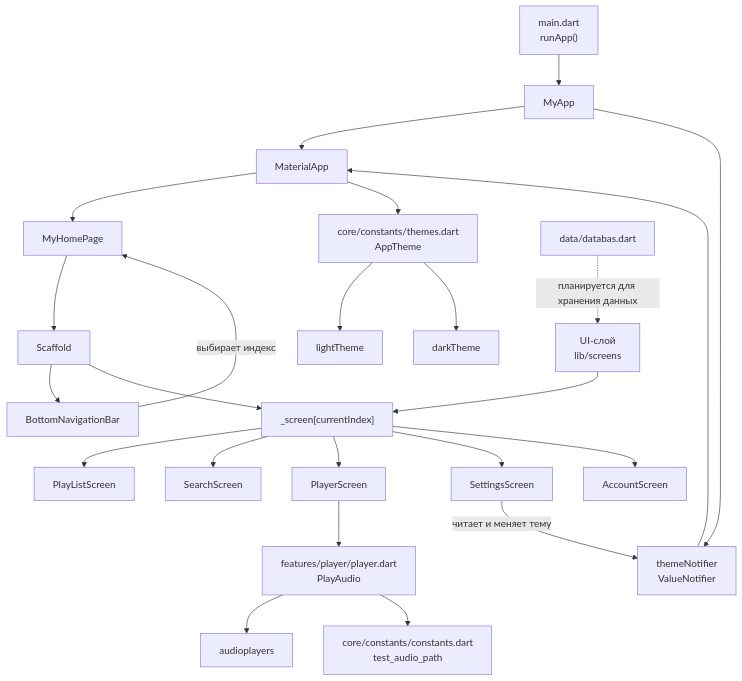
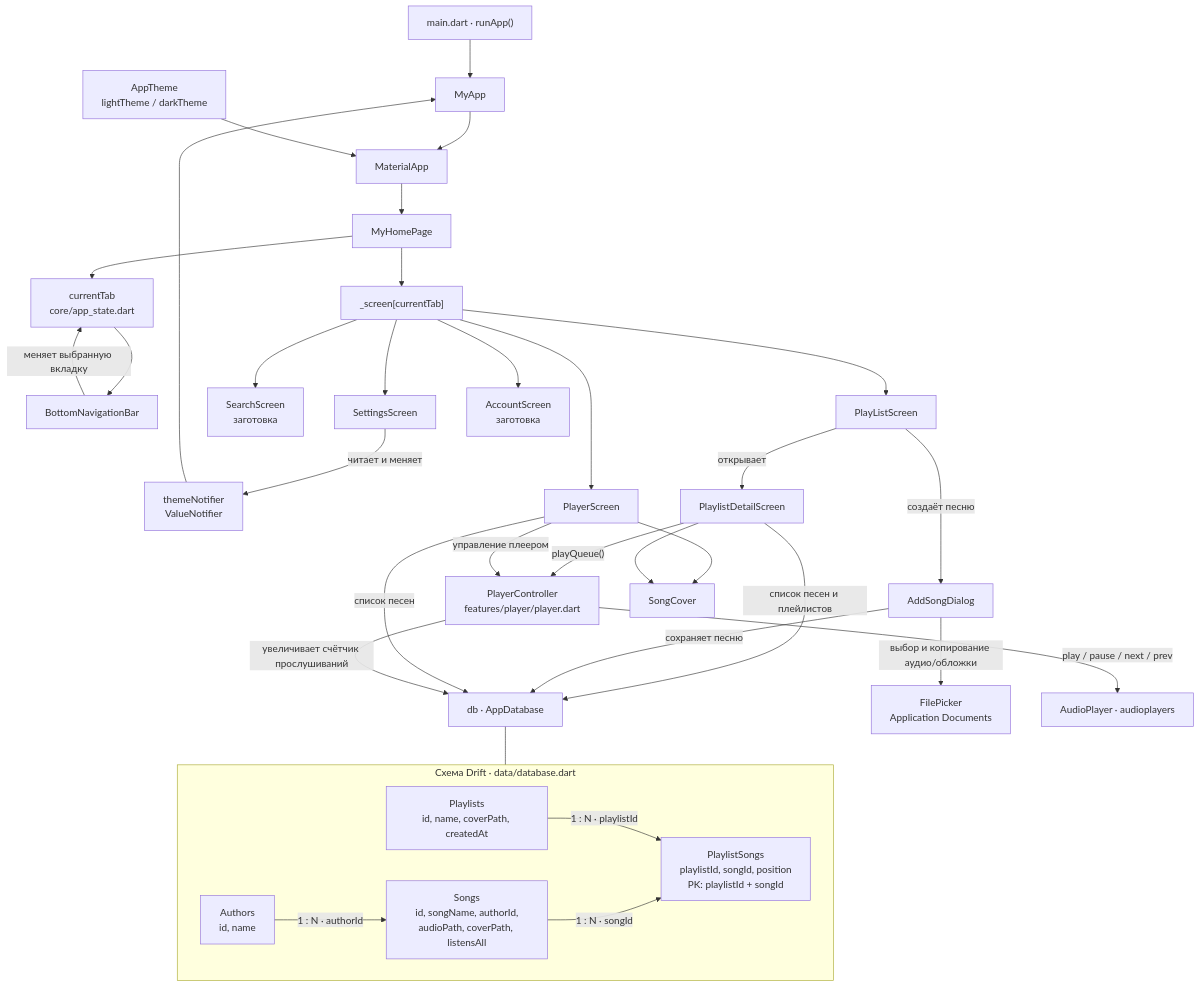
Before and after one commit to ddgk573/flutter_application_4_player: the diagram in README.md, drawn with Mermaid. The commit also changed other lines of this file and 15 other files, not shown here.

````diff
--- a/README.md
+++ b/README.md
@@ -16,33 +17,44 @@
 ```mermaid
 flowchart TD
-    main["main.dart\nrunApp()"] --> app["MyApp"]
+    main["main.dart · runApp()"] --> app["MyApp"]
+    themeNotifier["themeNotifier\nValueNotifier<ThemeMode>"] --> app
     app --> material["MaterialApp"]
-    app --> themeState["themeNotifier\nValueNotifier<ThemeMode>"]
+    appTheme["AppTheme\nlightTheme / darkTheme"] --> material
     material --> home["MyHomePage"]
 
-    themeState --> material
+    home --> tabState["currentTab\ncore/app_state.dart"]
+    tabState --> nav["BottomNavigationBar"]
+    nav -->|"меняет выбранную вкладку"| tabState
+    home --> screenList["_screen[currentTab]"]
+    screenList --> playlists["PlayListScreen"]
+    screenList --> search["SearchScreen\nзаготовка"]
+    screenList --> playerScreen["PlayerScreen"]
+    screenList --> settings["SettingsScreen"]
+    screenList --> account["AccountScreen\nзаготовка"]
+    settings -->|"читает и меняет"| themeNotifier
 
-    home --> scaffold["Scaffold"]
-    scaffold --> nav["BottomNavigationBar"]
-    nav -->|"выбирает индекс"| home
-    scaffold --> body["_screen[currentIndex]"]
-    screens["UI-слой\nlib/screens"] --> body
+    playlists -->|"открывает"| playlistDetail["PlaylistDetailScreen"]
+    playlists -->|"создаёт песню"| addSong["AddSongDialog"]
+    playlistDetail -->|"список песен и плейлистов"| db["db · AppDatabase"]
+    addSong -->|"сохраняет песню"| db
+    addSong -->|"выбор и копирование аудио/обложки"| fileStorage["FilePicker\nApplication Documents"]
 
-    body --> playlists["PlayListScreen"]
-    body --> search["SearchScreen"]
-    body --> player["PlayerScreen"]
-    body --> settings["SettingsScreen"]
-    body --> account["AccountScreen"]
+    playerScreen -->|"список песен"| db
+    playlistDetail -->|"playQueue()"| controller["PlayerController\nfeatures/player/player.dart"]
+    playerScreen -->|"управление плеером"| controller
+    controller -->|"play / pause / next / prev"| audioPlayer["AudioPlayer · audioplayers"]
+    controller -->|"увеличивает счётчик прослушиваний"| db
+    playerScreen --> songCover["SongCover"]
+    playlistDetail --> songCover
 
-    settings -->|"читает и меняет тему"| themeState
-
-    player --> feature["features/player/player.dart\nPlayAudio"]
-    feature --> audio["audioplayers"]
-    feature --> audioPath["core/constants/constants.dart\ntest_audio_path"]
-
-    material --> theme["core/constants/themes.dart\nAppTheme"]
-    theme --> light["lightTheme"]
-    theme --> dark["darkTheme"]
-
-    data["data/databas.dart"] -.->|"планируется для хранения данных"| screens
+    subgraph database["Схема Drift · data/database.dart"]
+        authors["Authors\nid, name"]
+        songs["Songs\nid, songName, authorId,\naudioPath, coverPath, listensAll"]
+        playlistsTable["Playlists\nid, name, coverPath, createdAt"]
+        playlistSongs["PlaylistSongs\nplaylistId, songId, position\nPK: playlistId + songId"]
+        authors -->|"1 : N · authorId"| songs
+        playlistsTable -->|"1 : N · playlistId"| playlistSongs
+        songs -->|"1 : N · songId"| playlistSongs
+    end
+    db --- database
 ```
````
